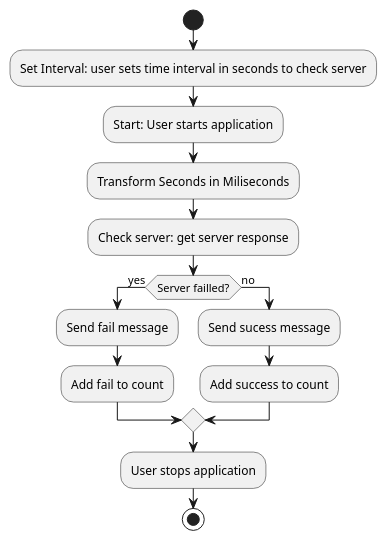
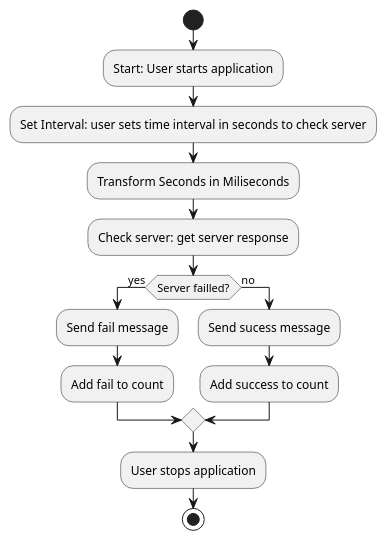
The diagram in application-description.puml (discombobulateme/magnificent-challenge), drawn with PlantUML before and after one commit. The commit also changed other lines of this file, not shown here.

Commit message:
Change start point order in diagram

```diff
--- a/application-description.puml
+++ b/application-description.puml
@@ -1,21 +1,21 @@
 @startuml Application description
 
 start
 
+:Start: User starts application;
 :Set Interval: user sets time interval in seconds to check server;
-:Start: User starts application;
 :Transform Seconds in Miliseconds;
 :Check server: get server response;
 if (Server failled?) then (yes)
   :Send fail message;
   :Add fail to count;
 else (no)
 ' repeat
   :Send sucess message;
   :Add success to count;
 ' repeat while (application is running)
 endif
   :User stops application;
 stop
 
 @enduml
```
